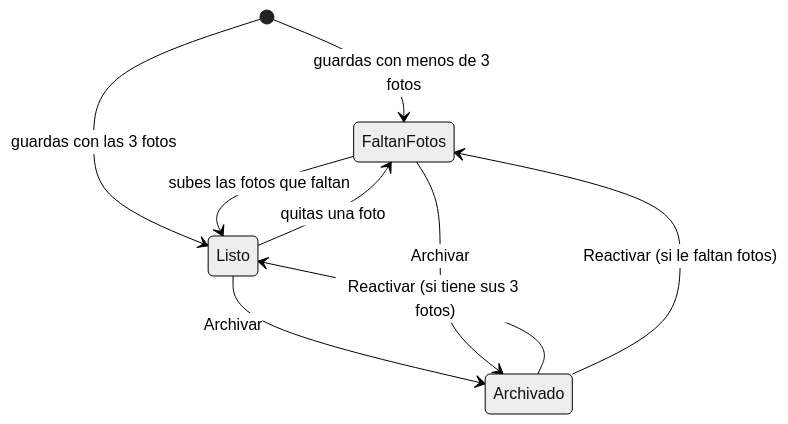
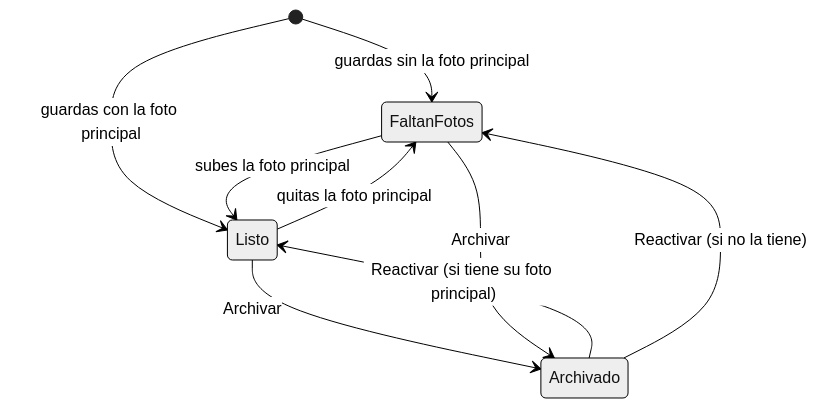
The second of 4 diagrams in docs/manual-negocio.md (fabio2152/autoreel), drawn with Mermaid (neutral theme) before and after one commit. The commit also changed other lines of this file and 61 other files, not shown here.

First line of the commit message:
feat: guion flexible con fotos libres, estructuras y creatividad elegidas por la IA

````diff
--- a/docs/manual-negocio.md
+++ b/docs/manual-negocio.md
@@ -309,11 +314,11 @@
 ```mermaid
 stateDiagram-v2
-    [*] --> FaltanFotos : guardas con menos de 3 fotos
-    [*] --> Listo : guardas con las 3 fotos
-    FaltanFotos --> Listo : subes las fotos que faltan
-    Listo --> FaltanFotos : quitas una foto
+    [*] --> FaltanFotos : guardas sin la foto principal
+    [*] --> Listo : guardas con la foto principal
+    FaltanFotos --> Listo : subes la foto principal
+    Listo --> FaltanFotos : quitas la foto principal
     Listo --> Archivado : Archivar
     FaltanFotos --> Archivado : Archivar
-    Archivado --> Listo : Reactivar (si tiene sus 3 fotos)
-    Archivado --> FaltanFotos : Reactivar (si le faltan fotos)
+    Archivado --> Listo : Reactivar (si tiene su foto principal)
+    Archivado --> FaltanFotos : Reactivar (si no la tiene)
 ```
````
